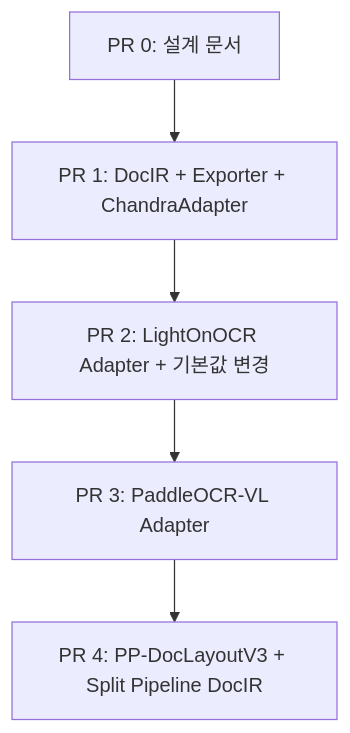
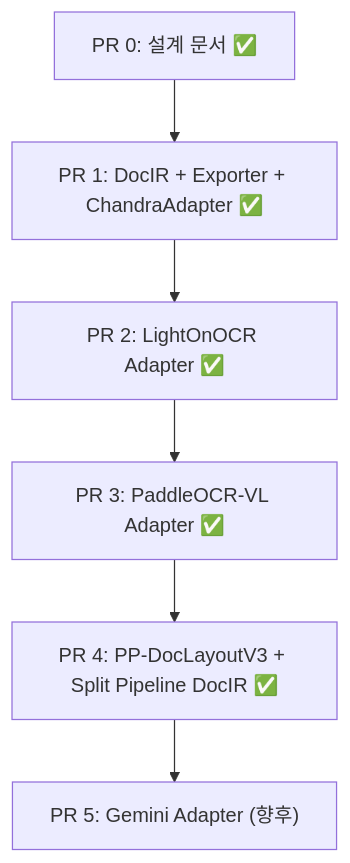
The seventh of 7 diagrams in docs/architecture/docir-architecture.md (appleparan/saegim), drawn with Mermaid before and after one commit. The commit also changed other lines of this file and 4 other files, not shown here.

First line of the commit message:
docs: update architecture docs for full DocIR implementation (PRs 1-4)

````diff
--- a/docs/architecture/docir-architecture.md
+++ b/docs/architecture/docir-architecture.md
@@ -568,10 +568,11 @@
 ```mermaid
 flowchart TD
-    PR0["PR 0: 설계 문서"]
-    PR1["PR 1: DocIR + Exporter + ChandraAdapter"]
-    PR2["PR 2: LightOnOCR Adapter + 기본값 변경"]
-    PR3["PR 3: PaddleOCR-VL Adapter"]
-    PR4["PR 4: PP-DocLayoutV3 + Split Pipeline DocIR"]
+    PR0["PR 0: 설계 문서 ✅"]
+    PR1["PR 1: DocIR + Exporter + ChandraAdapter ✅"]
+    PR2["PR 2: LightOnOCR Adapter ✅"]
+    PR3["PR 3: PaddleOCR-VL Adapter ✅"]
+    PR4["PR 4: PP-DocLayoutV3 + Split Pipeline DocIR ✅"]
+    PR5["PR 5: Gemini Adapter (향후)"]
 
-    PR0 --> PR1 --> PR2 --> PR3 --> PR4
+    PR0 --> PR1 --> PR2 --> PR3 --> PR4 --> PR5
 ```
````
